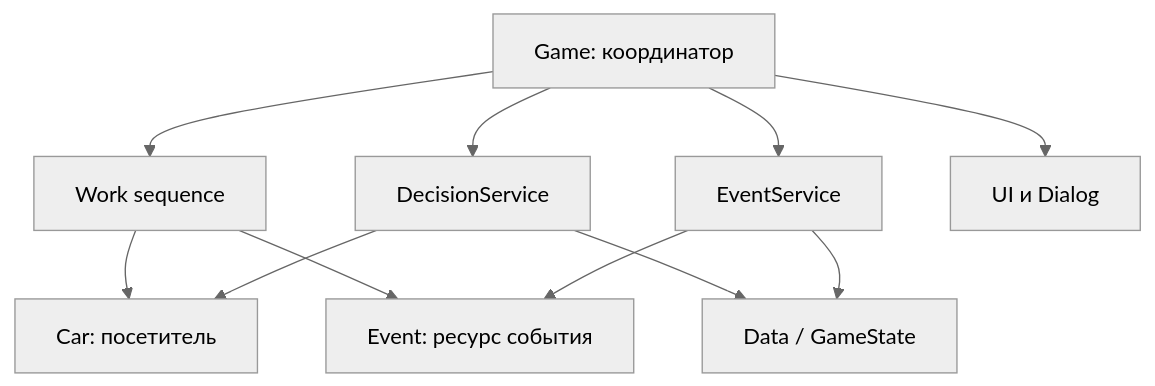
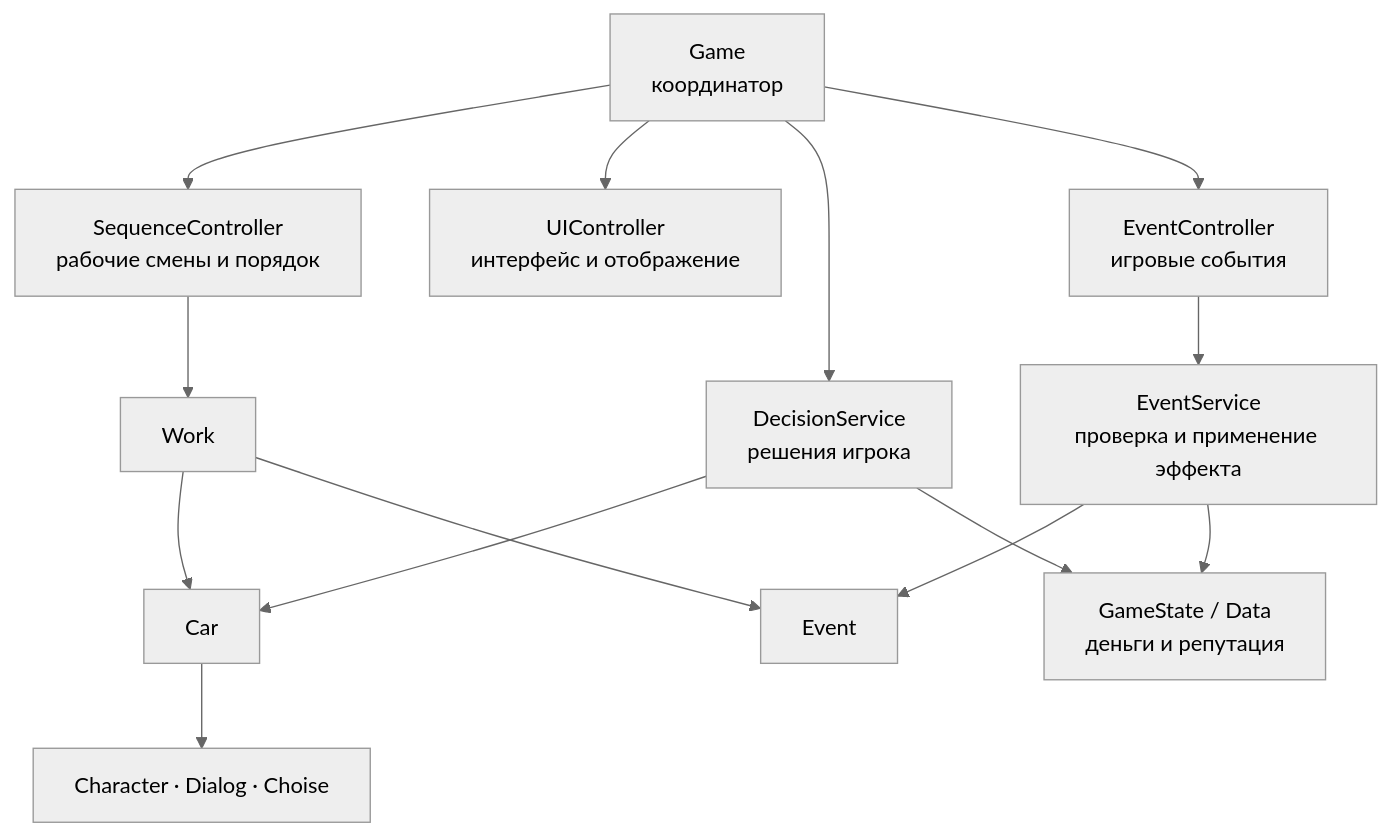
One commit to RolicsVin/AZS changed the diagram in docs/architecture.md. Above: the diagram before and after it, drawn with Mermaid (neutral theme). The commit also changed other lines of this file and 6 other files, not shown here.

````diff
--- a/docs/architecture.md
+++ b/docs/architecture.md
@@ -5,21 +5,28 @@
 ```mermaid
 flowchart TD
-    G[Game: координатор]
-    SC[Work sequence]
-    CAR[Car: посетитель]
-    EV[Event: ресурс события]
-    DS[DecisionService]
-    ES[EventService]
-    STATE[Data / GameState]
-    UI[UI и Dialog]
+    G[Game<br/>координатор]
+    SC[SequenceController<br/>рабочие смены и порядок]
+    UI[UIController<br/>интерфейс и отображение]
+    DS[DecisionService<br/>решения игрока]
+    EC[EventController<br/>игровые события]
+    ES[EventService<br/>проверка и применение эффекта]
+    GS[GameState / Data<br/>деньги и репутация]
+    W[Work]
+    C[Car]
+    E[Event]
+    D[Character · Dialog · Choise]
+
     G --> SC
-    SC --> CAR
-    SC --> EV
     G --> UI
     G --> DS
-    G --> ES
-    DS --> CAR
-    DS --> STATE
-    ES --> EV
-    ES --> STATE
+    G --> EC
+    SC --> W
+    W --> C
+    W --> E
+    C --> D
+    DS --> C
+    DS --> GS
+    EC --> ES
+    ES --> E
+    ES --> GS
 ```
````
